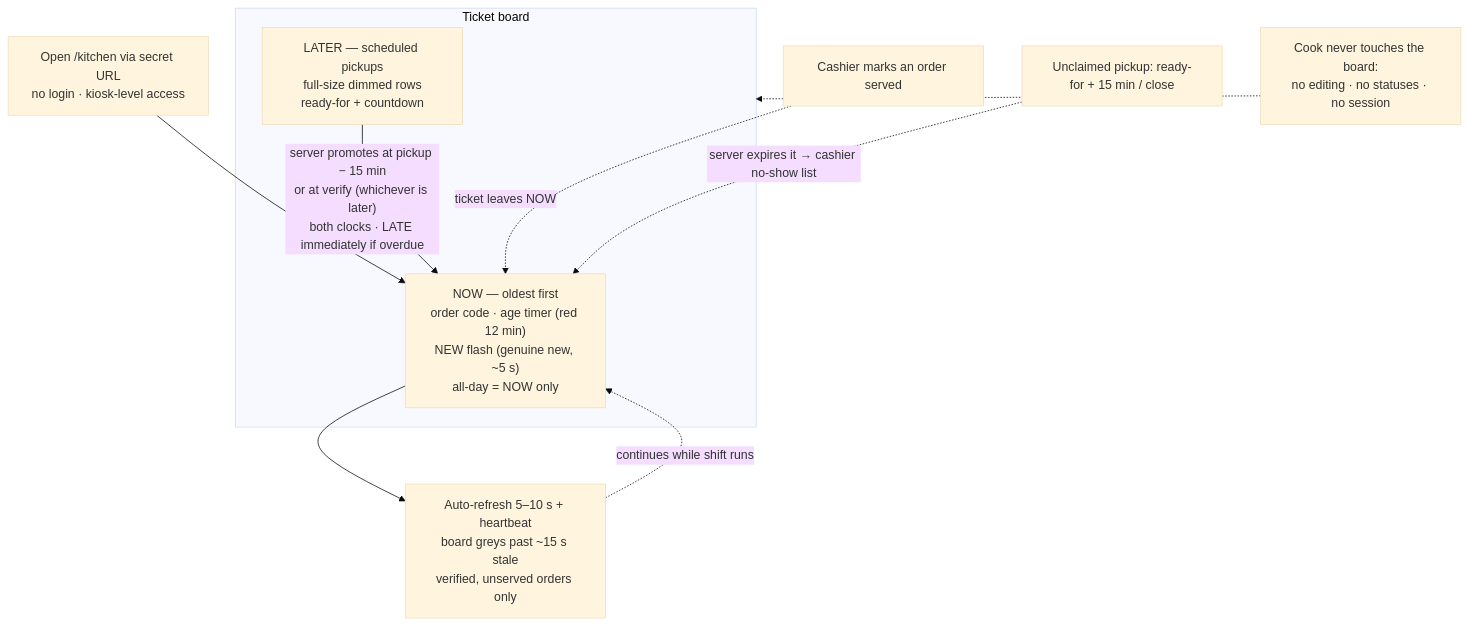
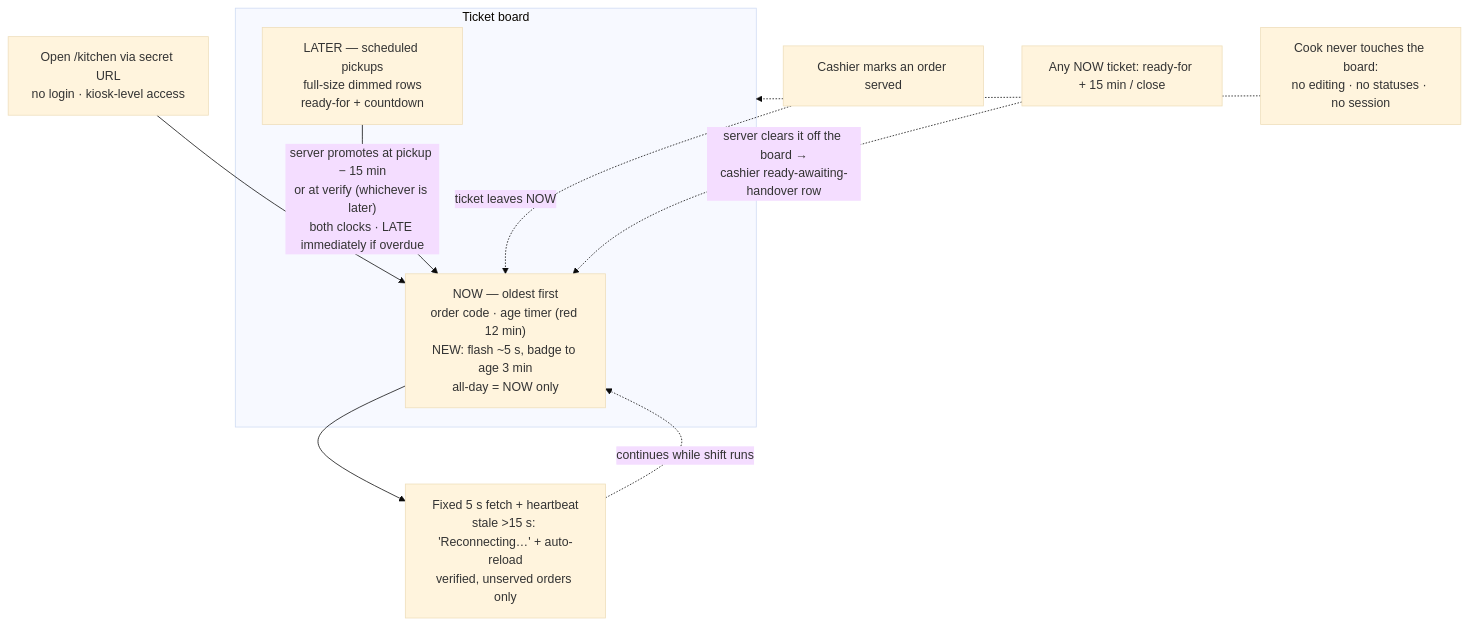
The diagram in docs/flow-charts/kitchen.md (S1NXIAN/CRNP), drawn with Mermaid (base theme) before and after one commit. The commit also changed 4 other files, not shown here.

````diff
--- a/docs/flow-charts/kitchen.md
+++ b/docs/flow-charts/kitchen.md
@@ -6,14 +6,14 @@
 ```mermaid
 flowchart TD
     A["Open /kitchen via secret URL<br/>no login · kiosk-level access"] --> N
     subgraph Board["Ticket board"]
-        N["NOW — oldest first<br/>order code · age timer (red 12 min)<br/>NEW flash (genuine new, ~5 s)<br/>all-day = NOW only"]
+        N["NOW — oldest first<br/>order code · age timer (red 12 min)<br/>NEW: flash ~5 s, badge to age 3 min<br/>all-day = NOW only"]
         L["LATER — scheduled pickups<br/>full-size dimmed rows<br/>ready-for + countdown"]
     end
     L -->|"server promotes at pickup − 15 min<br/>or at verify (whichever is later)<br/>both clocks · LATE immediately if overdue"| N
-    N --> R["Auto-refresh 5–10 s + heartbeat<br/>board greys past ~15 s stale<br/>verified, unserved orders only"]
+    N --> R["Fixed 5 s fetch + heartbeat<br/>stale >15 s: 'Reconnecting…' + auto-reload<br/>verified, unserved orders only"]
     R -.->|"continues while shift runs"| N
     S["Cashier marks an order served"] -.->|"ticket leaves NOW"| N
-    X["Unclaimed pickup: ready-for + 15 min / close"] -.->|"server expires it → cashier no-show list"| N
+    X["Any NOW ticket: ready-for + 15 min / close"] -.->|"server clears it off the board →<br/>cashier ready-awaiting-handover row"| N
     E["Cook never touches the board:<br/>no editing · no statuses · no session"] -.-> Board
 ```
````
